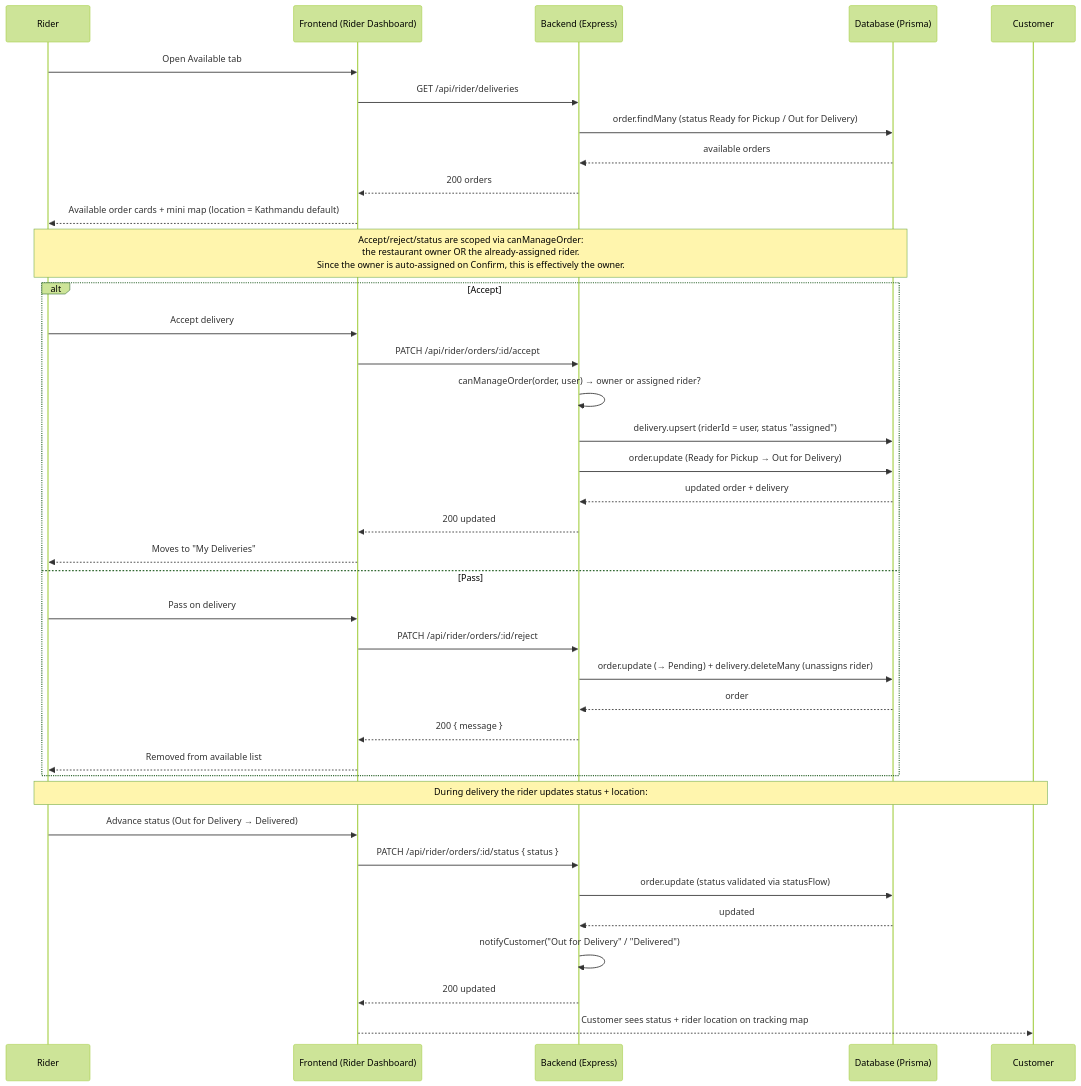
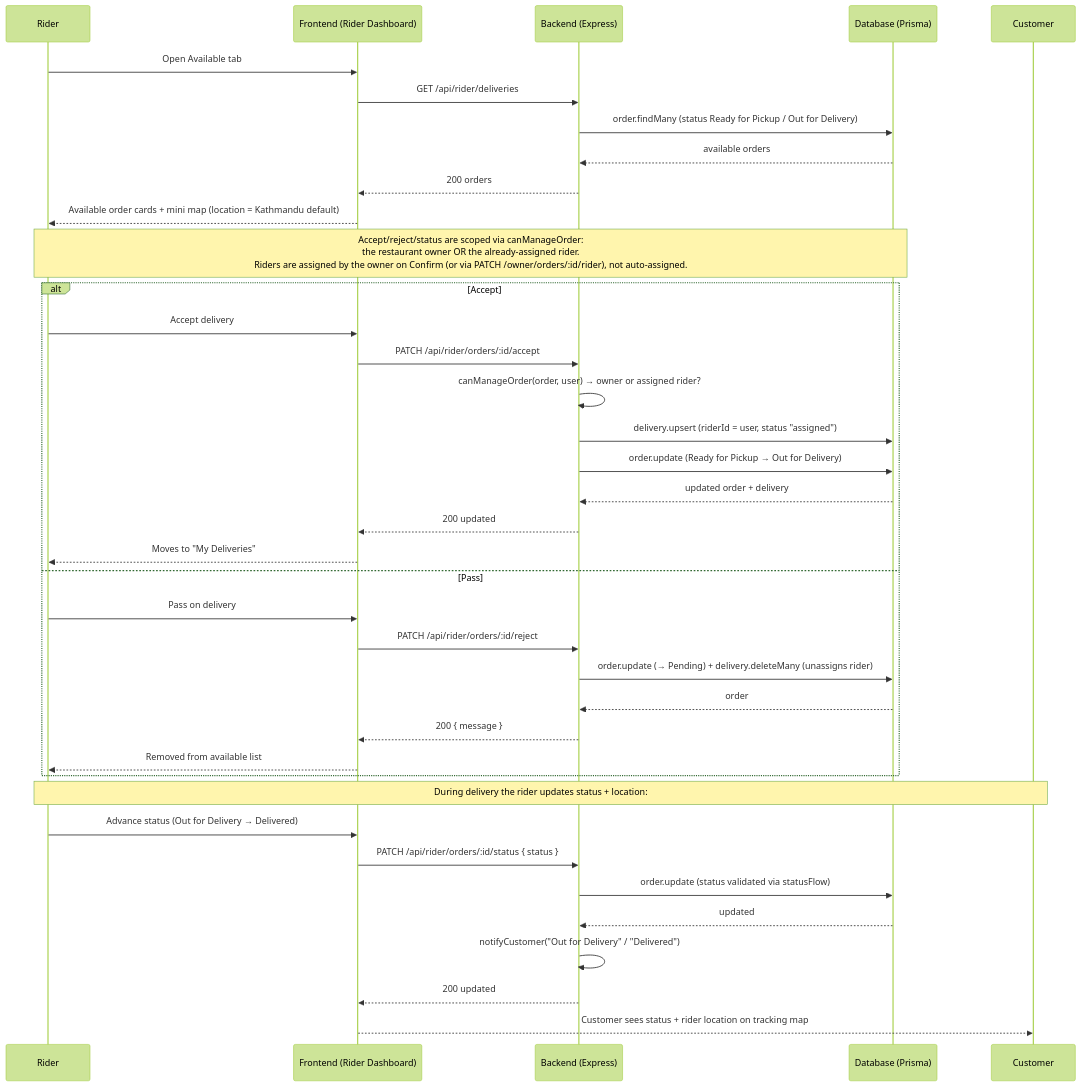
One commit to Saugatojha/food-delivery-frontend changed the sixth of 11 diagrams in SEQUENCE_DIAGRAMS.md. Above: the diagram before and after it, drawn with Mermaid (forest theme). The commit also changed other lines of this file and 34 other files, not shown here.

First line of the commit message:
feat: password reset via email + owner-driven rider dispatch; vite proxy; docs

````diff
--- a/SEQUENCE_DIAGRAMS.md
+++ b/SEQUENCE_DIAGRAMS.md
@@ -170,44 +206,44 @@
 ```mermaid
 sequenceDiagram
     participant R as Rider
     participant F as Frontend (Rider Dashboard)
     participant S as Backend (Express)
     participant D as Database (Prisma)
     participant C as Customer
 
     R->>F: Open Available tab
     F->>S: GET /api/rider/deliveries
     S->>D: order.findMany (status Ready for Pickup / Out for Delivery)
     D-->>S: available orders
     S-->>F: 200 orders
     F-->>R: Available order cards + mini map (location = Kathmandu default)
 
-    Note over R,D: Accept/reject/status are scoped via canManageOrder:<br/>the restaurant owner OR the already-assigned rider.<br/>Since the owner is auto-assigned on Confirm, this is effectively the owner.
+    Note over R,D: Accept/reject/status are scoped via canManageOrder:<br/>the restaurant owner OR the already-assigned rider.<br/>Riders are assigned by the owner on Confirm (or via PATCH /owner/orders/:id/rider), not auto-assigned.
 
     alt Accept
         R->>F: Accept delivery
         F->>S: PATCH /api/rider/orders/:id/accept
         S->>S: canManageOrder(order, user) → owner or assigned rider?
         S->>D: delivery.upsert (riderId = user, status "assigned")
         S->>D: order.update (Ready for Pickup → Out for Delivery)
         D-->>S: updated order + delivery
         S-->>F: 200 updated
         F-->>R: Moves to "My Deliveries"
     else Pass
         R->>F: Pass on delivery
         F->>S: PATCH /api/rider/orders/:id/reject
         S->>D: order.update (→ Pending) + delivery.deleteMany (unassigns rider)
         D-->>S: order
         S-->>F: 200 { message }
         F-->>R: Removed from available list
     end
 
     Note over R,C: During delivery the rider updates status + location:
     R->>F: Advance status (Out for Delivery → Delivered)
     F->>S: PATCH /api/rider/orders/:id/status { status }
     S->>D: order.update (status validated via statusFlow)
     D-->>S: updated
     S->>S: notifyCustomer("Out for Delivery" / "Delivered")
     S-->>F: 200 updated
     F-->>C: Customer sees status + rider location on tracking map
 ```
````
